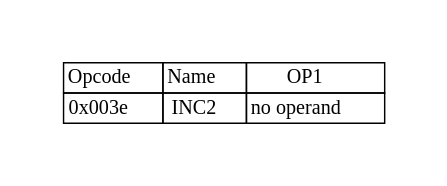
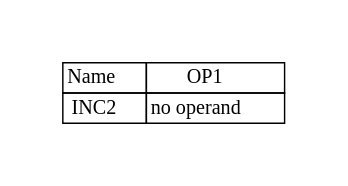
The diagram in docs/books/crexx_vm_spec/svg/inc2.gv (adesutherland/CREXX), drawn with Graphviz before and after one commit. The commit also changed 319 other files, not shown here.

```diff
--- a/docs/books/crexx_vm_spec/svg/inc2.gv
+++ b/docs/books/crexx_vm_spec/svg/inc2.gv
@@ -1,9 +1,9 @@
 digraph{
 graph [pad="0.5", nodesep="0.5", ranksep="2" ]
-node[shape=plain]
+node [shape=plain]
 Foo [label=<
 <table border="0" cellborder="1" cellspacing="0">
-<tr><td> Opcode </td> <td> Name </td> <td> OP1 </td> </tr>
-<tr><td> 0x003e </td><td> INC2 </td><td> no operand </td> </tr>
+<tr><td> Name </td> <td> OP1 </td> </tr>
+<tr><td> INC2 </td><td> no operand </td> </tr>
 </table>>];
 }
```
